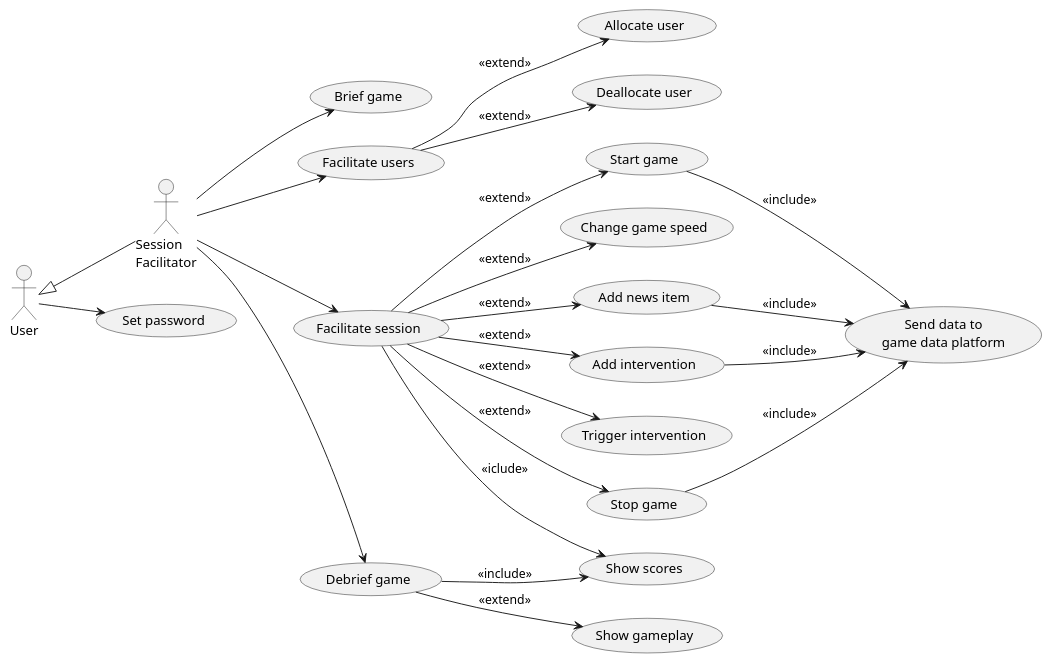
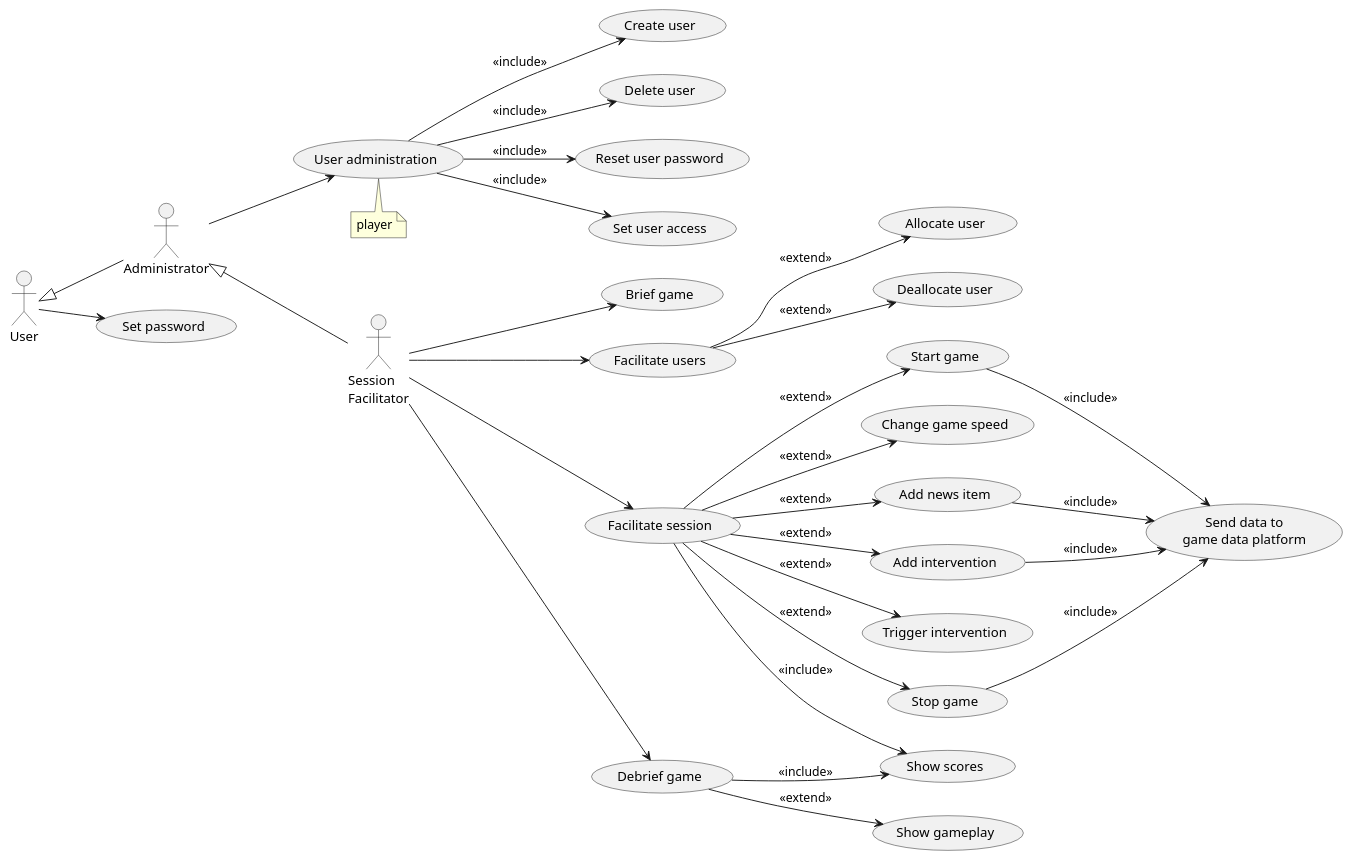
Before and after one commit to averbraeck/gscg-design: the diagram in doc/1-use-cases/diagrams/session-facilitation.puml, drawn with PlantUML. The commit also changed 4 other files, not shown here.

Commit message:
Issue #3. Added "Administrator" role with user functions

```diff
--- a/doc/1-use-cases/diagrams/session-facilitation.puml
+++ b/doc/1-use-cases/diagrams/session-facilitation.puml
@@ -1,33 +1,44 @@
 @startuml
 left to right direction
 
 "Session\nFacilitator" as SF
-User <|-- SF
+User <|-- Administrator
+Administrator <|-- SF
 
 User --> (Set password)
+
+Administrator --> (User administration)
+note bottom
+  player
+end note
+
+(User administration) --> (Create user) : << include >>
+(User administration) --> (Delete user) : << include >>
+(User administration) --> (Reset user password) : << include >>
+(User administration) --> (Set user access) : << include >>
 
 SF --> (Brief game)
 
 SF --> (Facilitate users)
 (Facilitate users) --> (Allocate user) : << extend >>
 (Facilitate users) --> (Deallocate user) : << extend >>
 
 SF --> (Facilitate session)
 (Facilitate session) --> (Start game) : << extend >>
 (Facilitate session) --> (Change game speed) : << extend >>
 (Facilitate session) --> (Add news item) : << extend >>
 (Facilitate session) --> (Add intervention) : << extend >>
 (Facilitate session) --> (Trigger intervention) : << extend >>
 (Facilitate session) --> (Stop game) : << extend >>
-(Facilitate session) --> (Show scores) : << iclude >>
+(Facilitate session) --> (Show scores) : << include >>
 
 (Start game) --> (Send data to\ngame data platform) : << include >>
 (Add news item) --> (Send data to\ngame data platform) : << include >>
 (Add intervention) --> (Send data to\ngame data platform) : << include >>
 (Stop game) --> (Send data to\ngame data platform) : << include >>
 
 SF --> (Debrief game)
 (Debrief game) --> (Show scores) : << include >>
 (Debrief game) --> (Show gameplay) : << extend >>
 
 @enduml
```
